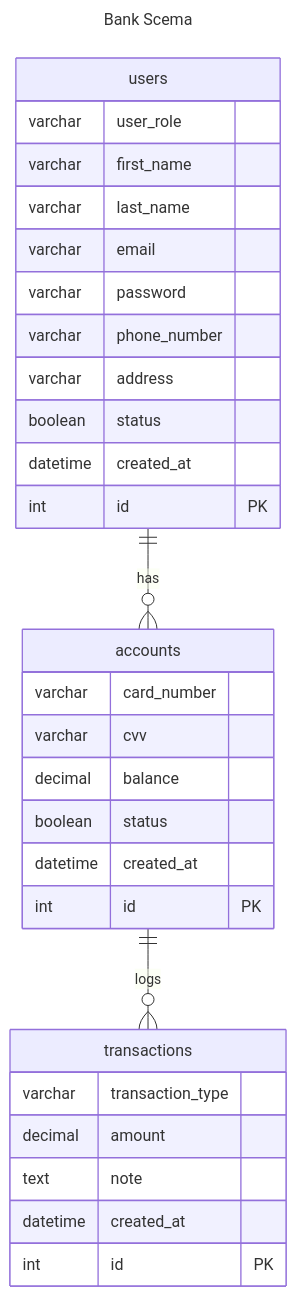
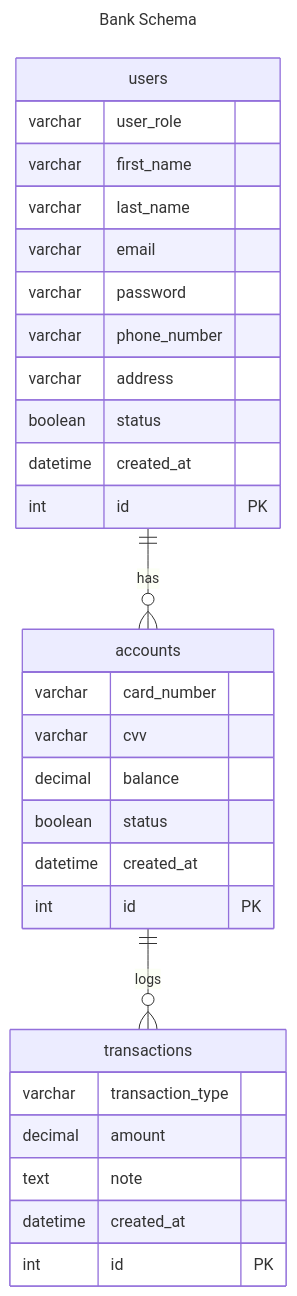
The diagram in schema/bankERD.md (Fawry-Intern-Round4/Bank-System-Api), drawn with Mermaid before and after one commit. The commit also changed 11 other files, not shown here.

````diff
--- a/schema/bankERD.md
+++ b/schema/bankERD.md
@@ -1,38 +1,38 @@
 ```mermaid
 ---
-title: Bank Scema
+title: Bank Schema
 ---
 
 erDiagram
 accounts {
 varchar card_number
 varchar cvv
 decimal balance
 boolean status
 datetime created_at
 int id PK
 }
 transactions {
 varchar transaction_type
 decimal amount
 text note
 datetime created_at
 int id PK
 }
 users {
 varchar user_role
 varchar first_name
 varchar last_name
 varchar email
 varchar password
 varchar phone_number
 varchar address
 boolean status
 datetime created_at
 int id PK
 }
 
 
 users ||--o{ accounts : "has"
 accounts ||--o{ transactions : "logs"
 ```
````
